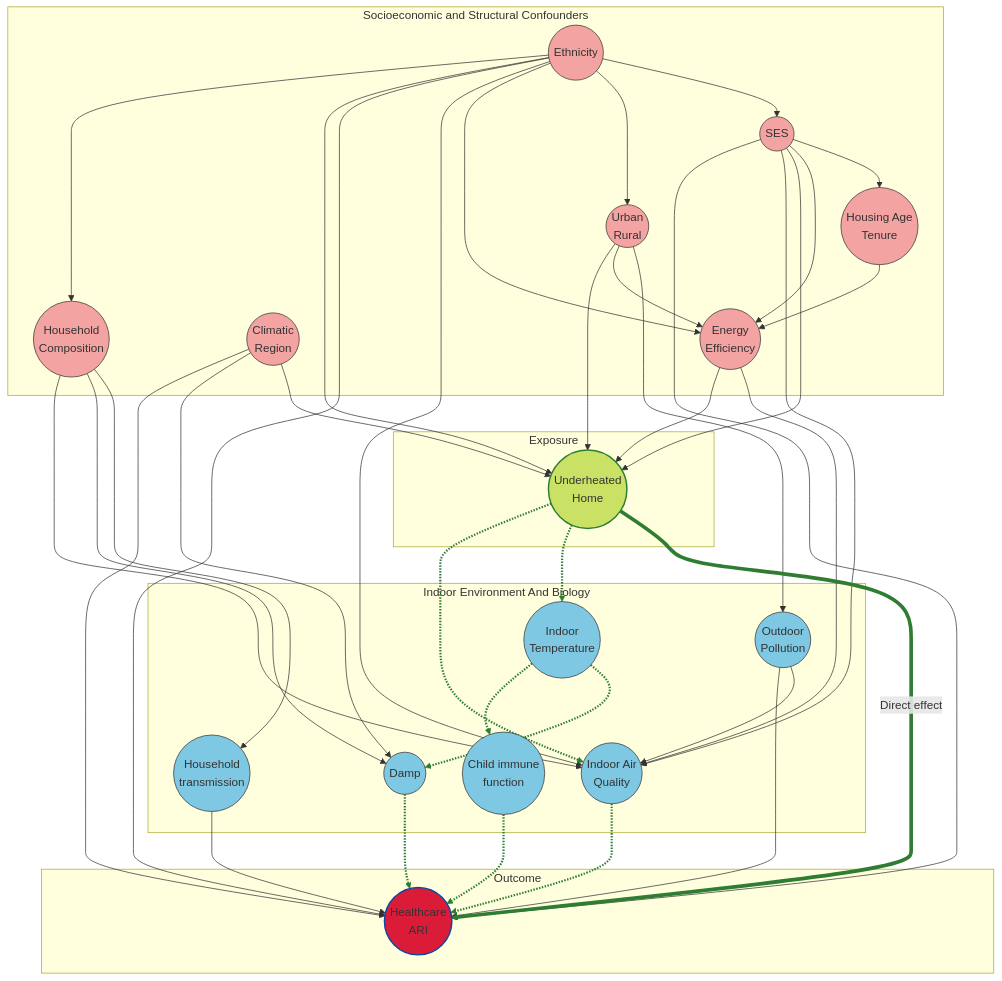
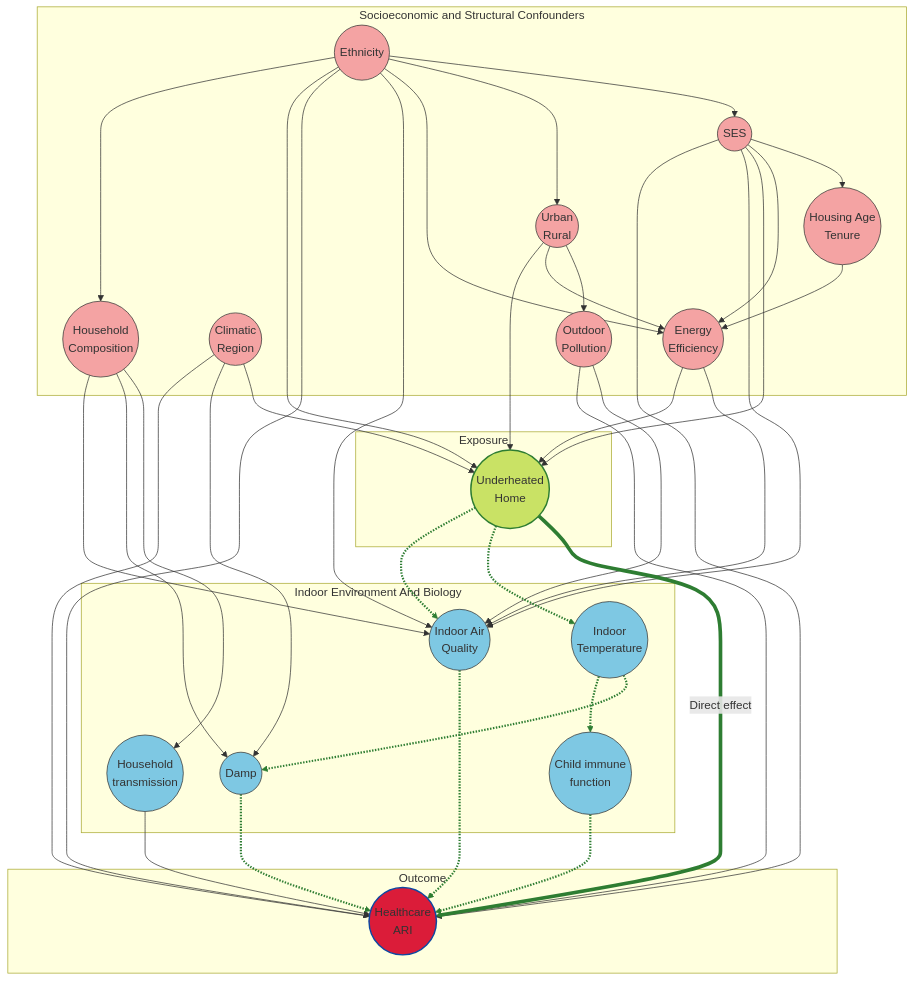
Before and after one commit to HomesHeatAndHealthyKids/DataLochAnalysis: the first of 4 diagrams in ari_dag.md, drawn with Mermaid. The commit also changed other lines of this file, not shown here.

Commit message:
fixed outdoor air pollution

```diff
--- a/ari_dag.md
+++ b/ari_dag.md
@@ -21,10 +21,10 @@
     Urban_rural((Urban<br>Rural))
     Climatic_region((Climatic<br>Region))
     Household_composition((Household<br>Composition))
+    Outdoor_AP((Outdoor<br>Pollution))
 end
 
 subgraph Indoor_Environment_and_Biology[Indoor Environment And Biology]
-    Outdoor_AP((Outdoor<br>Pollution))
     Indoor_air_quality((Indoor Air<br>Quality))
     Indoor_temp((Indoor<br>Temperature))
     Damp((Damp))
@@ -114,8 +114,8 @@
 classDef exposure fill:#c9e265,stroke:#2e7d32,stroke-width:2px;
 classDef outcome fill:#db1c39,stroke:#0d47a1,stroke-width:2px;
 
-class SES,Ethnicity,Housing_age_tenure,Energy_efficiency,Urban_rural,Climatic_region,Household_composition structural;
-class Outdoor_AP,Indoor_air_quality,Indoor_temp,Damp,Child_immune_function,Household_transmission indoor;
+class Outdoor_AP,SES,Ethnicity,Housing_age_tenure,Energy_efficiency,Urban_rural,Climatic_region,Household_composition structural;
+class Indoor_air_quality,Indoor_temp,Damp,Child_immune_function,Household_transmission indoor;
 class Underheated_home exposure;
 class Healthcare_ARI outcome;
 
```
